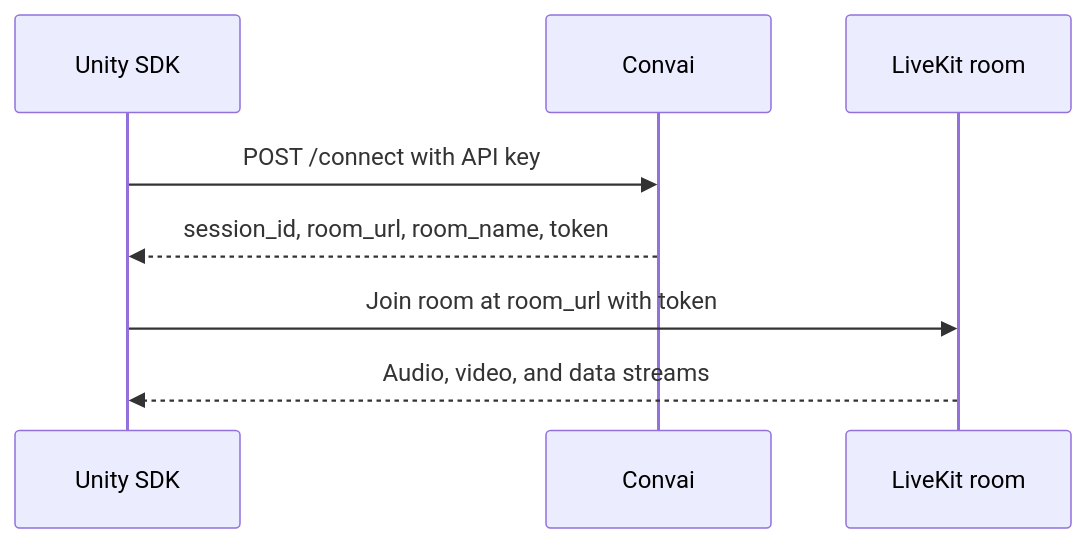
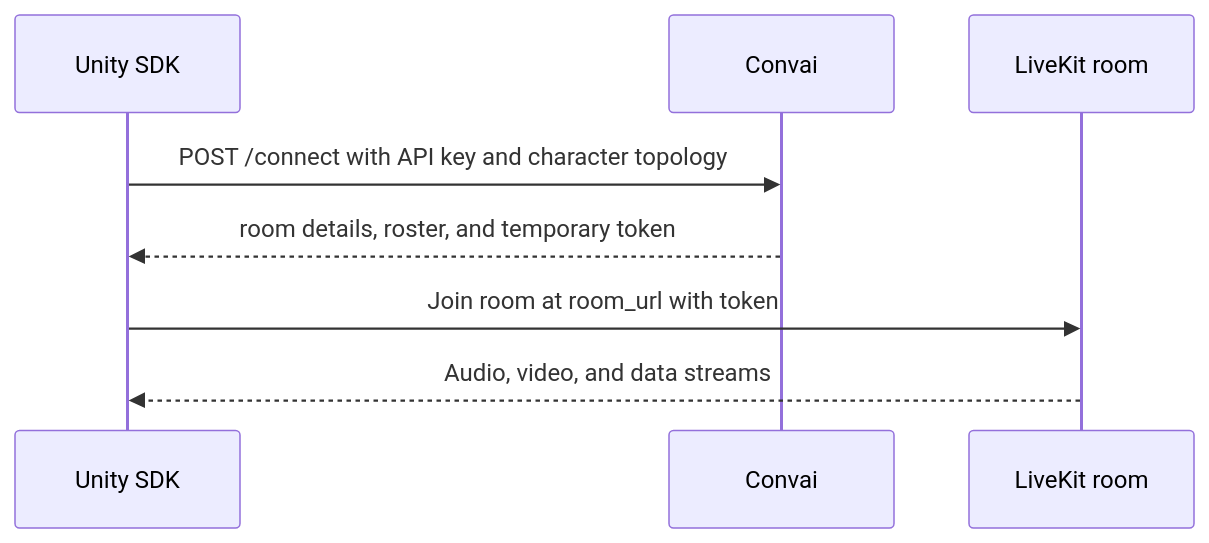
The diagram in plugins-and-integrations/convai-unity-sdk/compatibility-and-requirements/network-and-api-requirements.md (Conv-AI/Convai-Documentation), drawn with Mermaid before and after one commit. The commit also changed other lines of this file and 118 other files, not shown here.

Commit message:
docs(unity): audit 4.5 and add 4.6 multi-character preview

````diff
--- a/plugins-and-integrations/convai-unity-sdk/compatibility-and-requirements/network-and-api-requirements.md
+++ b/plugins-and-integrations/convai-unity-sdk/compatibility-and-requirements/network-and-api-requirements.md
@@ -46,11 +52,11 @@
 ```mermaid
 sequenceDiagram
     participant Unity as Unity SDK
     participant Convai as Convai
     participant LiveKit as LiveKit room
 
-    Unity->>Convai: POST /connect with API key
-    Convai-->>Unity: session_id, room_url, room_name, token
+    Unity->>Convai: POST /connect with API key and character topology
+    Convai-->>Unity: room details, roster, and temporary token
     Unity->>LiveKit: Join room at room_url with token
     LiveKit-->>Unity: Audio, video, and data streams
 ```
````
